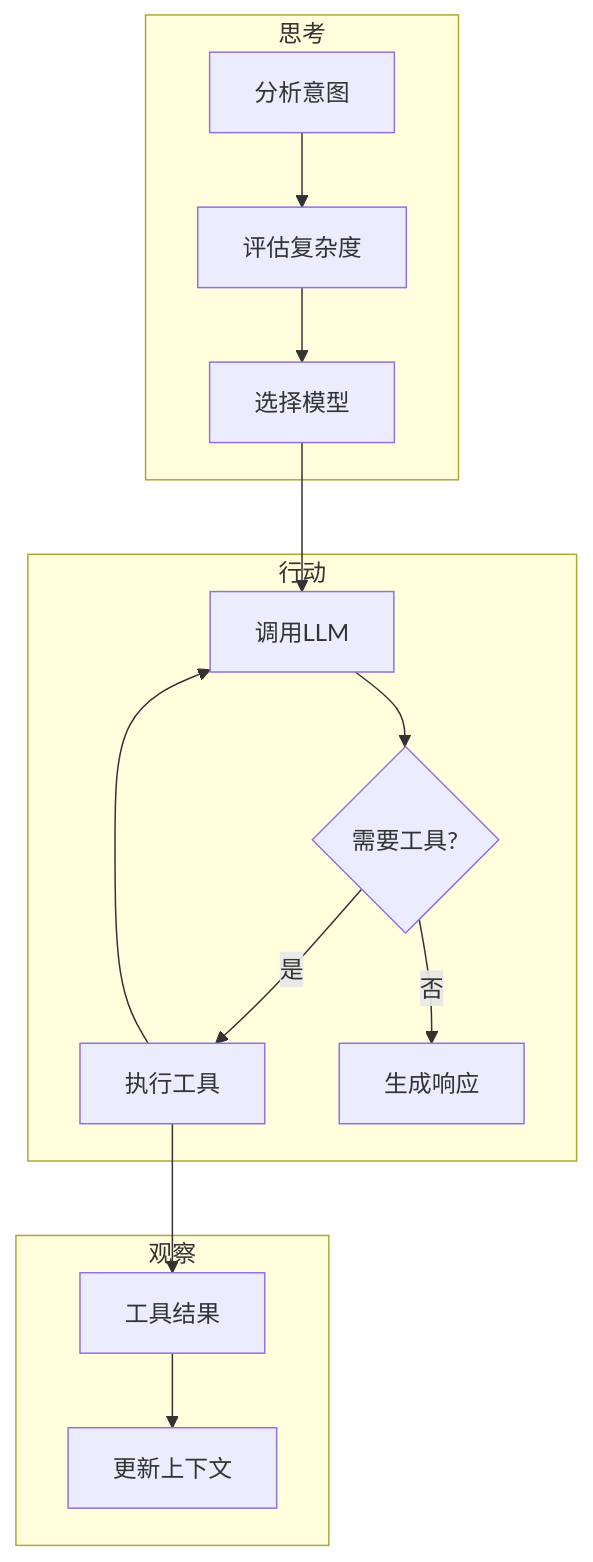
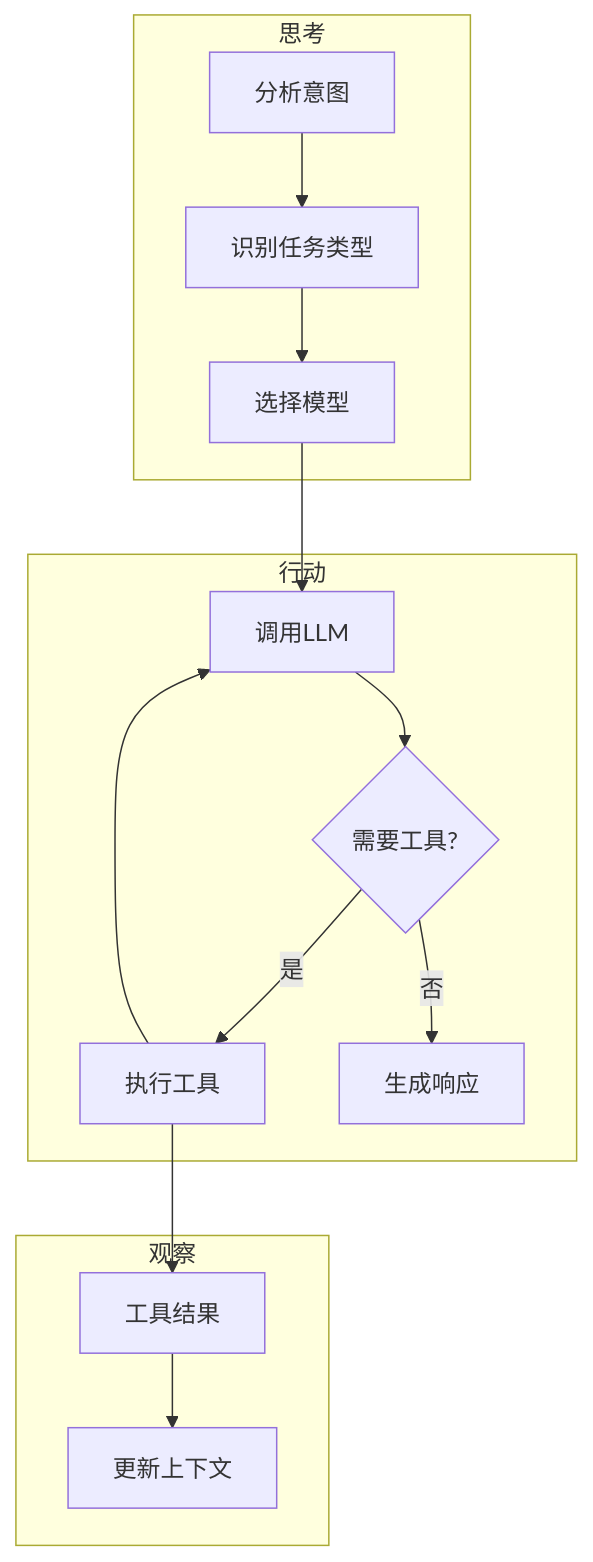
Before and after one commit to jesspig/micro-agent: the fourth of 4 diagrams in docs/guide/concepts.md, drawn with Mermaid. The commit also changed 18 other files, not shown here.

````diff
--- a/docs/guide/concepts.md
+++ b/docs/guide/concepts.md
@@ -112,21 +112,21 @@
 ```mermaid
 flowchart TD
     subgraph 思考
-        T1[分析意图] --> T2[评估复杂度]
+        T1[分析意图] --> T2[识别任务类型]
         T2 --> T3[选择模型]
     end
     
     subgraph 行动
         A1[调用LLM] --> A2{需要工具?}
         A2 -->|是| A3[执行工具]
         A3 --> A1
         A2 -->|否| A4[生成响应]
     end
     
     subgraph 观察
         O1[工具结果] --> O2[更新上下文]
     end
     
     T3 --> A1
     A3 --> O1
 ```
````
